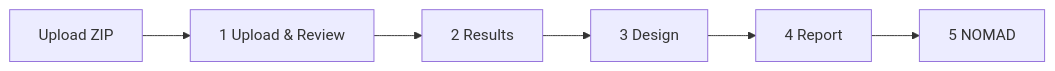
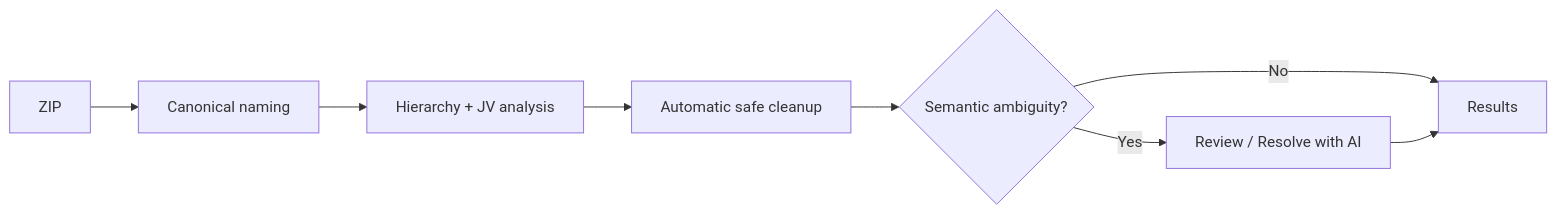
One commit to matginesi/LabFlow changed the diagram in docs/guides/GETTING_STARTED.md. Above: the diagram before and after it, drawn with Mermaid. The commit also changed other lines of this file and 187 other files, not shown here.

````diff
--- a/docs/guides/GETTING_STARTED.md
+++ b/docs/guides/GETTING_STARTED.md
@@ -16,8 +23,10 @@
 ```mermaid
 flowchart LR
-  ZIP[Upload ZIP] --> REVIEW[1 Upload & Review]
-  REVIEW --> RESULTS[2 Results]
-  RESULTS --> DESIGN[3 Design]
-  DESIGN --> REPORT[4 Report]
-  REPORT --> NOMAD[5 NOMAD]
+    A[ZIP] --> B[Canonical naming]
+    B --> C[Hierarchy + JV analysis]
+    C --> D[Automatic safe cleanup]
+    D --> E{Semantic ambiguity?}
+    E -->|No| F[Results]
+    E -->|Yes| G[Review / Resolve with AI]
+    G --> F
 ```
````
